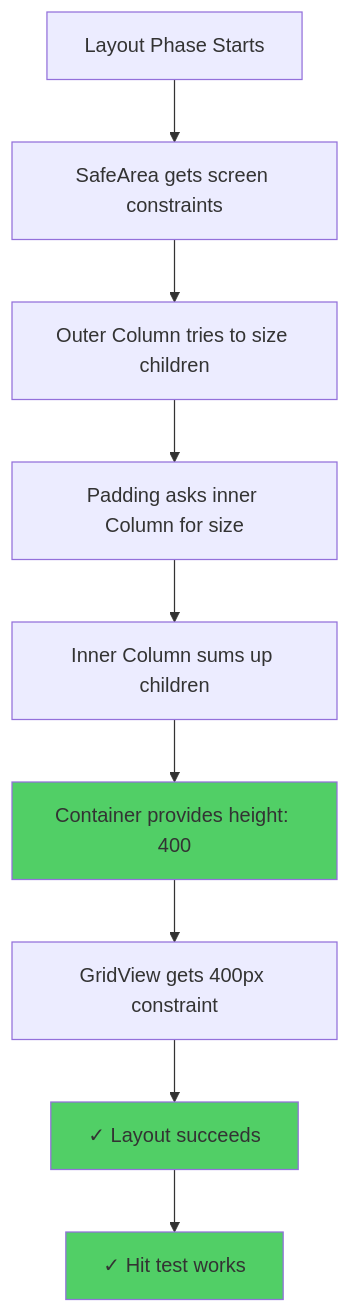
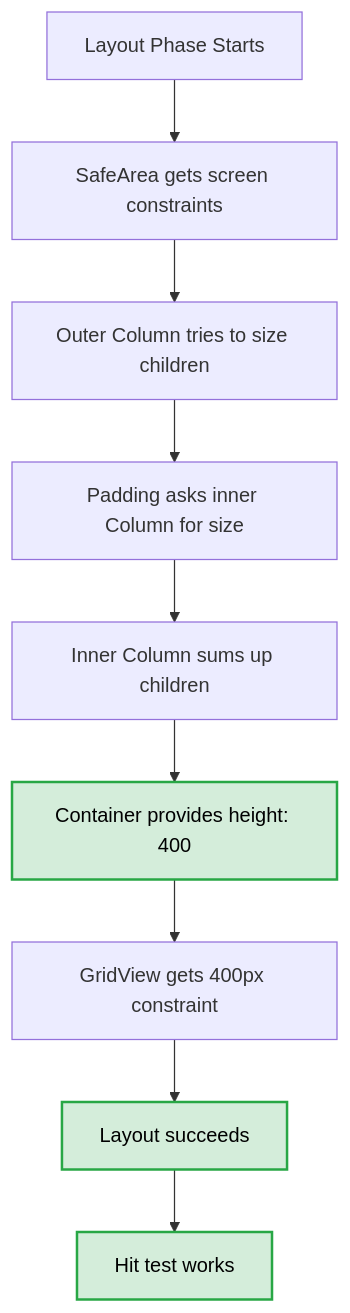
Before and after one commit to hrhouma1/flutter-recette-app-october-2025-v3: the fifth of 6 diagrams in lib/Views/exercices/01-layout-comparison-analysis.md, drawn with Mermaid. The commit also changed other lines of this file and 3 other files, not shown here.

````diff
--- a/lib/Views/exercices/01-layout-comparison-analysis.md
+++ b/lib/Views/exercices/01-layout-comparison-analysis.md
@@ -191,15 +195,16 @@
 ```mermaid
+%%{init: {'theme':'default', 'themeVariables': { 'primaryColor':'#e8f4f8','primaryTextColor':'#000','primaryBorderColor':'#0066cc','lineColor':'#333'}}}%%
 flowchart TD
     A[Layout Phase Starts] --> B[SafeArea gets screen constraints]
     B --> C[Outer Column tries to size children]
     C --> D[Padding asks inner Column for size]
     D --> E[Inner Column sums up children]
     E --> F[Container provides height: 400]
     F --> G[GridView gets 400px constraint]
-    G --> H[✓ Layout succeeds]
-    H --> I[✓ Hit test works]
+    G --> H[Layout succeeds]
+    H --> I[Hit test works]
     
-    style F fill:#51cf66
-    style H fill:#51cf66
-    style I fill:#51cf66
+    style F fill:#d4edda,stroke:#28a745,stroke-width:2px,color:#000
+    style H fill:#d4edda,stroke:#28a745,stroke-width:2px,color:#000
+    style I fill:#d4edda,stroke:#28a745,stroke-width:2px,color:#000
 ```
````
